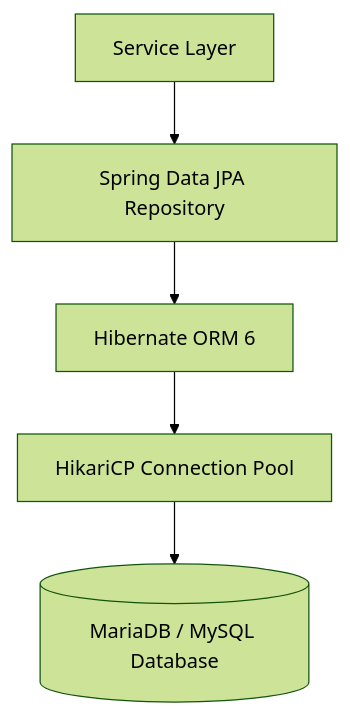
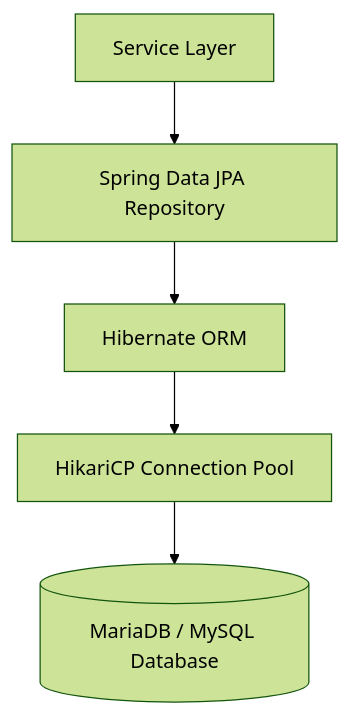
The diagram in src/main/java/com/project/souklab/dao/README.md (ChematWalid/souklab-backend), drawn with Mermaid (forest theme) before and after one commit. The commit also changed 19 other files, not shown here.

````diff
--- a/src/main/java/com/project/souklab/dao/README.md
+++ b/src/main/java/com/project/souklab/dao/README.md
@@ -11,7 +11,7 @@
 ```mermaid
 graph TD
     Service["Service Layer"] --> Repo["Spring Data JPA Repository"]
-    Repo --> Hibernate["Hibernate ORM 6"]
+    Repo --> Hibernate["Hibernate ORM"]
     Hibernate --> Hikari["HikariCP Connection Pool"]
     Hikari --> DB[("MariaDB / MySQL Database")]
 ```
````
